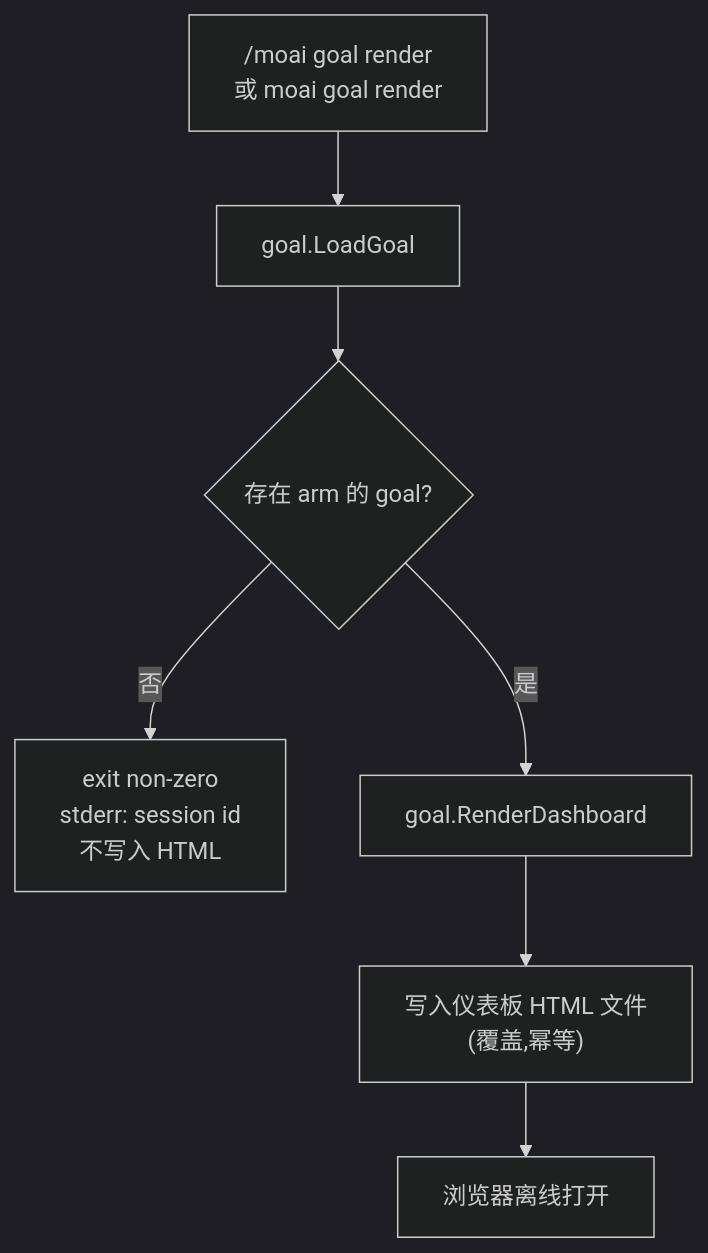
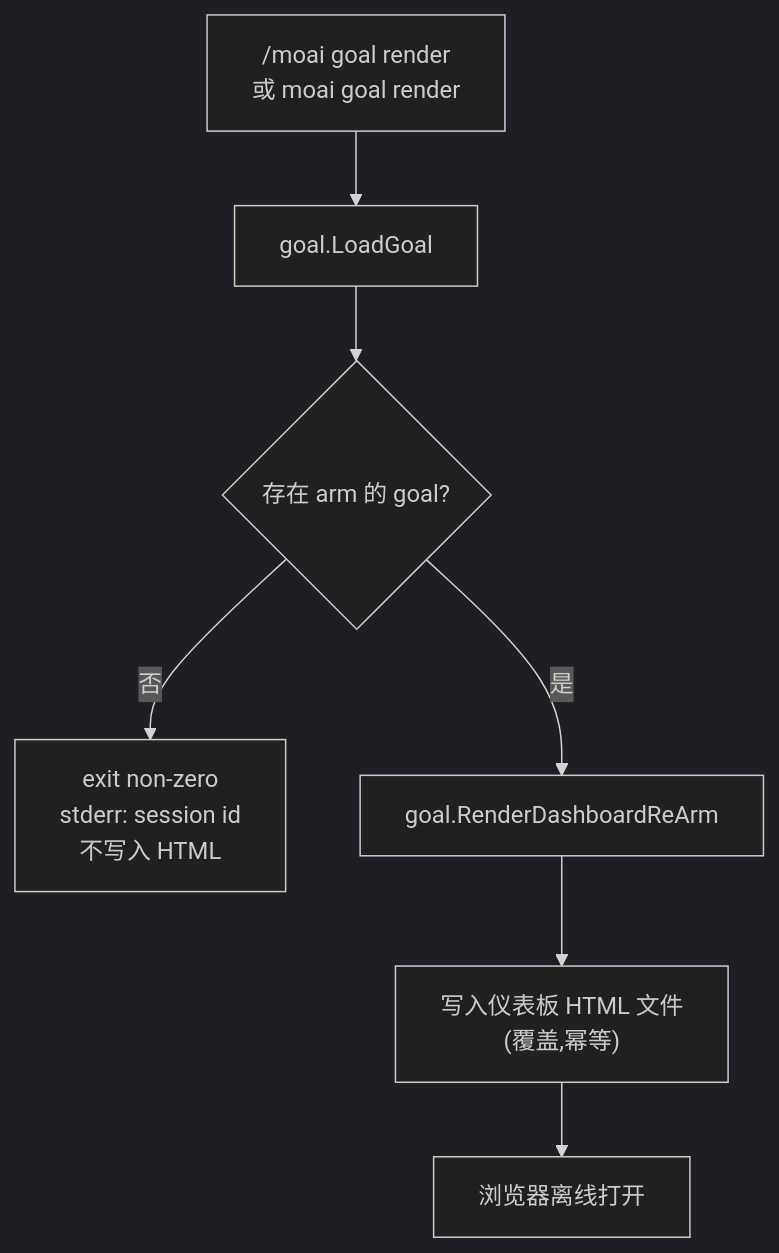
Before and after one commit to modu-ai/moai-adk: the diagram in docs-site/content/zh/utility-commands/moai-goal.md, drawn with Mermaid (dark theme). The commit also changed other lines of this file and 11 other files, not shown here.

First line of the commit message:
docs(goal-html): move 3 v3.1 renderer surfaces from roadmap to live (4-locale)

````diff
--- a/docs-site/content/zh/utility-commands/moai-goal.md
+++ b/docs-site/content/zh/utility-commands/moai-goal.md
@@ -91,9 +91,9 @@
 ```mermaid
 flowchart TD
     A["/moai goal render<br/>或 moai goal render"] --> B["goal.LoadGoal"]
     B --> C{"存在 arm 的 goal?"}
     C -- "否" --> D["exit non-zero<br/>stderr: session id<br/>不写入 HTML"]
-    C -- "是" --> E["goal.RenderDashboard"]
+    C -- "是" --> E["goal.RenderDashboardReArm"]
     E --> F["写入仪表板 HTML 文件<br/>(覆盖,幂等)"]
     F --> G["浏览器离线打开"]
 ```
````
